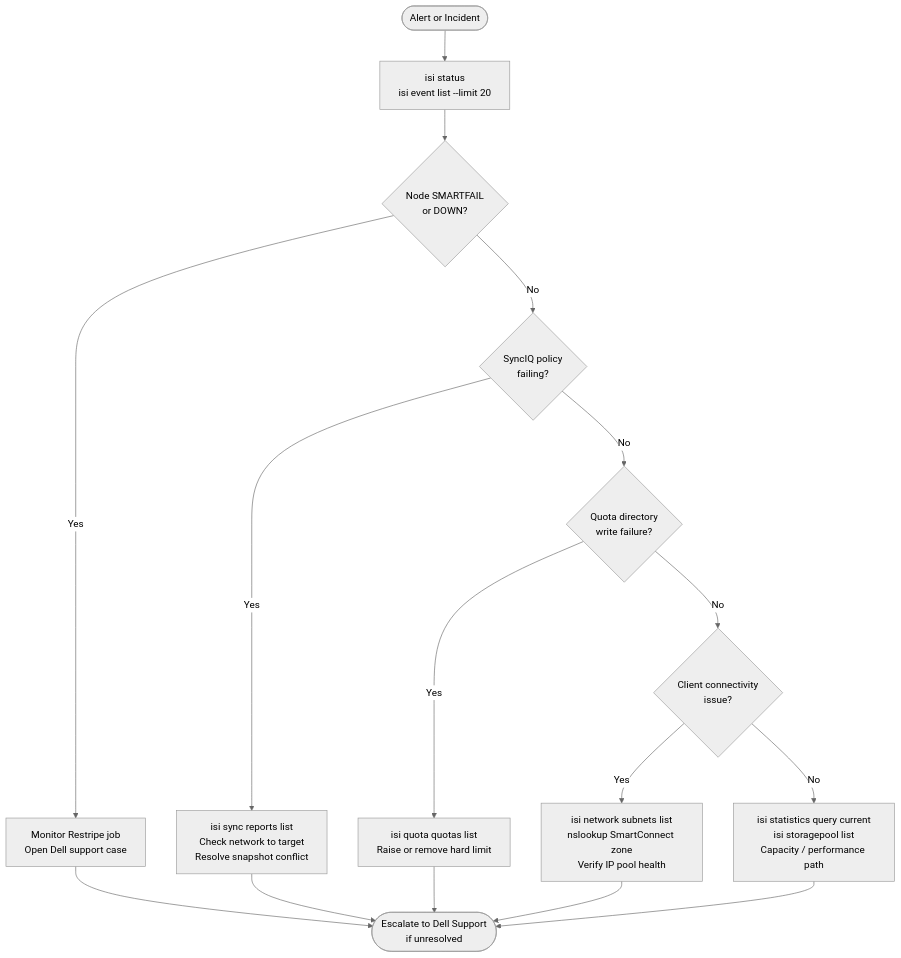
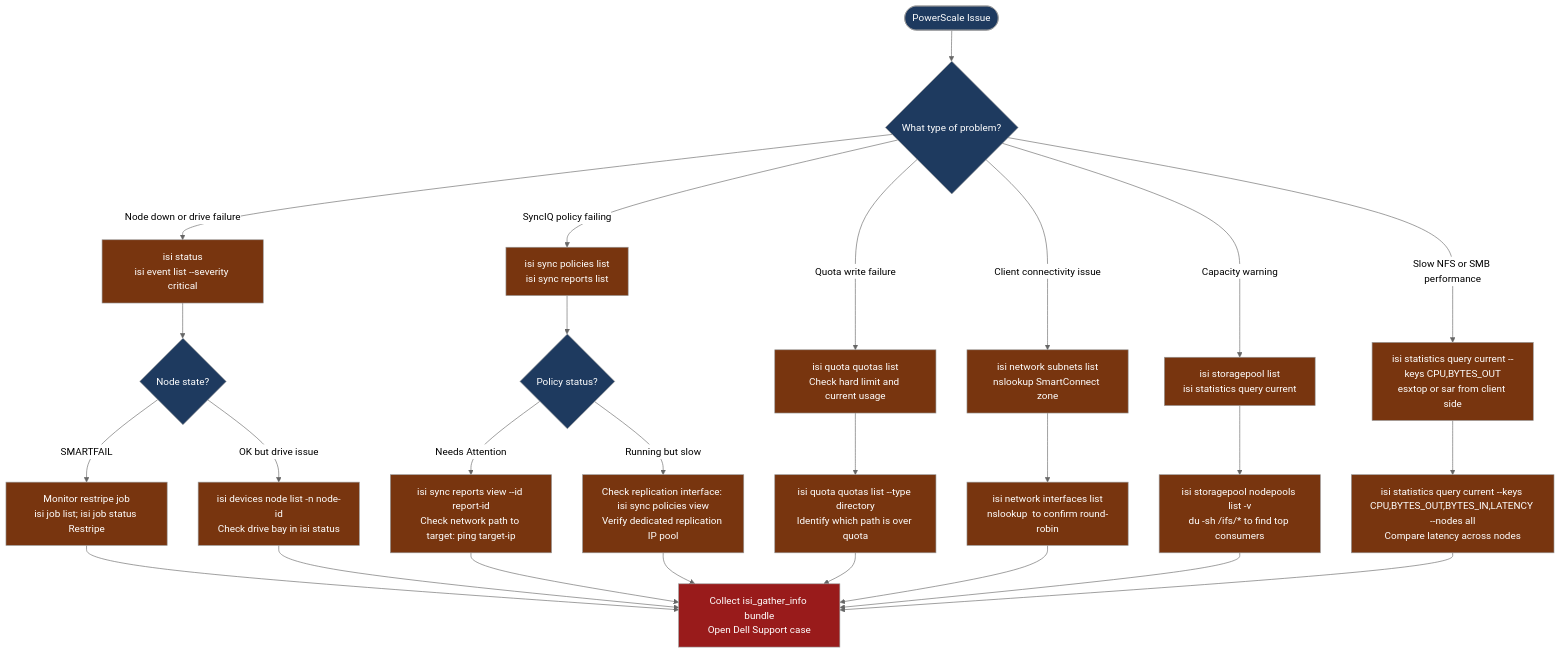
Before and after one commit to canast01/chris-kb: the diagram in docs/storage/dell/powerscale/troubleshooting/diagnostics.md, drawn with Mermaid (neutral theme). The commit also changed other lines of this file and 4 other files, not shown here.

````diff
--- a/docs/storage/dell/powerscale/troubleshooting/diagnostics.md
+++ b/docs/storage/dell/powerscale/troubleshooting/diagnostics.md
@@ -82,14 +49,35 @@
 ```mermaid
-flowchart TD
-    A([Alert or Incident]) --> B["isi status\nisi event list --limit 20"]
-    B --> C{"Node SMARTFAIL\nor DOWN?"}
-    C -->|Yes| D["Monitor Restripe job\nOpen Dell support case"]
-    C -->|No| E{"SyncIQ policy\nfailing?"}
-    E -->|Yes| F["isi sync reports list\nCheck network to target\nResolve snapshot conflict"]
-    E -->|No| G{"Quota directory\nwrite failure?"}
-    G -->|Yes| H["isi quota quotas list\nRaise or remove hard limit"]
-    G -->|No| I{"Client connectivity\nissue?"}
-    I -->|Yes| J["isi network subnets list\nnslookup SmartConnect zone\nVerify IP pool health"]
-    I -->|No| K["isi statistics query current\nisi storagepool list\nCapacity / performance path"]
-    D & F & H & J & K --> Z([Escalate to Dell Support\nif unresolved])
+graph TD
+    A([PowerScale Issue]) --> B{What type of problem?}
+    B -->|Node down or drive failure| C[isi status\nisi event list --severity critical]
+    B -->|SyncIQ policy failing| D[isi sync policies list\nisi sync reports list]
+    B -->|Quota write failure| E[isi quota quotas list\nCheck hard limit and current usage]
+    B -->|Client connectivity issue| F[isi network subnets list\nnslookup SmartConnect zone]
+    B -->|Capacity warning| G[isi storagepool list\nisi statistics query current]
+    B -->|Slow NFS or SMB performance| H[isi statistics query current --keys CPU,BYTES_OUT\nesxtop or sar from client side]
+    C --> I{Node state?}
+    I -->|SMARTFAIL| J[Monitor restripe job\nisi job list; isi job status Restripe]
+    I -->|OK but drive issue| K[isi devices node list -n node-id\nCheck drive bay in isi status]
+    D --> L{Policy status?}
+    L -->|Needs Attention| M[isi sync reports view --id report-id\nCheck network path to target: ping target-ip]
+    L -->|Running but slow| N[Check replication interface: isi sync policies view\nVerify dedicated replication IP pool]
+    E --> O[isi quota quotas list --type directory\nIdentify which path is over quota]
+    F --> P[isi network interfaces list\nnslookup <smartconnect-zone> to confirm round-robin]
+    G --> Q[isi storagepool nodepools list -v\ndu -sh /ifs/* to find top consumers]
+    H --> R[isi statistics query current --keys CPU,BYTES_OUT,BYTES_IN,LATENCY --nodes all\nCompare latency across nodes]
+    J --> S[Collect isi_gather_info bundle\nOpen Dell Support case]
+    K --> S
+    M --> S
+    N --> S
+    O --> S
+    P --> S
+    Q --> S
+    R --> S
+
+    classDef dark fill:#1e3a5f,color:#fff
+    classDef action fill:#78350f,color:#fff
+    classDef escalate fill:#991b1b,color:#fff
+    class A,B,I,L dark
+    class C,D,E,F,G,H,J,K,M,N,O,P,Q,R action
+    class S escalate
 ```
````
